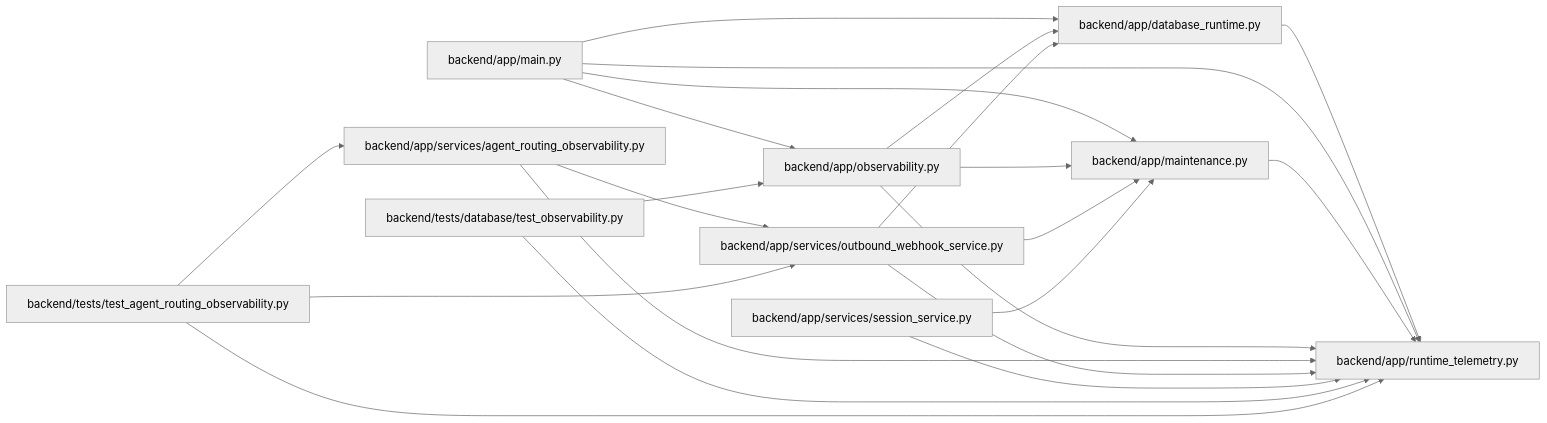
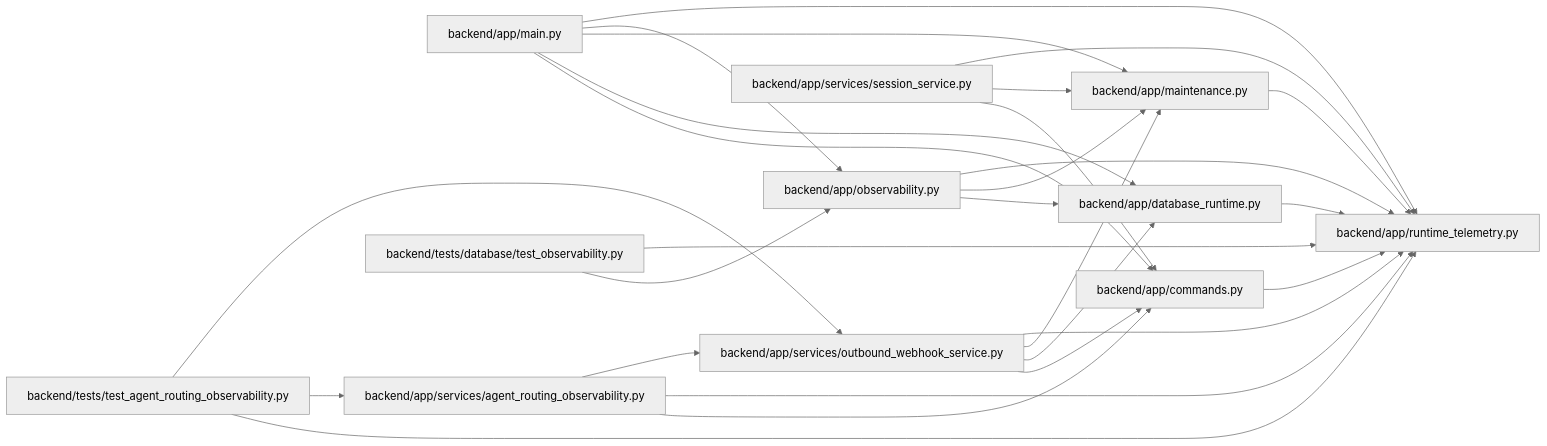
The diagram in docs/llm_wiki/modules/runtime_telemetry.md (Denissvgn/WorkChord), drawn with Mermaid (neutral theme) before and after one commit. The commit also changed other lines of this file and 958 other files, not shown here.

First line of the commit message:
docs(wiki): refresh identity and recovery architecture

````diff
--- a/docs/llm_wiki/modules/runtime_telemetry.md
+++ b/docs/llm_wiki/modules/runtime_telemetry.md
@@ -29,44 +29,51 @@
 ```mermaid
 flowchart LR
-    n0["backend/app/database_runtime.py"]
-    n1["backend/app/main.py"]
-    n2["backend/app/maintenance.py"]
-    n3["backend/app/observability.py"]
-    n4["backend/app/runtime_telemetry.py"]
-    n5["backend/app/services/agent_routing_observability.py"]
-    n6["backend/app/services/outbound_webhook_service.py"]
-    n7["backend/app/services/session_service.py"]
-    n8["backend/tests/database/test_observability.py"]
-    n9["backend/tests/test_agent_routing_observability.py"]
-    n0 --> n4
-    n1 --> n0
-    n1 --> n2
-    n1 --> n3
-    n1 --> n4
+    n0["backend/app/commands.py"]
+    n1["backend/app/database_runtime.py"]
+    n2["backend/app/main.py"]
+    n3["backend/app/maintenance.py"]
+    n4["backend/app/observability.py"]
+    n5["backend/app/runtime_telemetry.py"]
+    n6["backend/app/services/agent_routing_observability.py"]
+    n7["backend/app/services/outbound_webhook_service.py"]
+    n8["backend/app/services/session_service.py"]
+    n9["backend/tests/database/test_observability.py"]
+    n10["backend/tests/test_agent_routing_observability.py"]
+    n0 --> n5
+    n1 --> n5
+    n2 --> n0
+    n2 --> n1
+    n2 --> n3
     n2 --> n4
-    n3 --> n0
-    n3 --> n2
-    n3 --> n4
-    n5 --> n4
-    n5 --> n6
+    n2 --> n5
+    n3 --> n5
+    n4 --> n1
+    n4 --> n3
+    n4 --> n5
     n6 --> n0
-    n6 --> n2
-    n6 --> n4
-    n7 --> n2
-    n7 --> n4
+    n6 --> n5
+    n6 --> n7
+    n7 --> n0
+    n7 --> n1
+    n7 --> n3
+    n7 --> n5
+    n8 --> n0
     n8 --> n3
-    n8 --> n4
+    n8 --> n5
     n9 --> n4
     n9 --> n5
-    n9 --> n6
-    click n0 "../modules/database_runtime.md"
-    click n1 "../modules/app_main.md"
-    click n2 "../modules/maintenance.md"
-    click n3 "../modules/observability.md"
-    click n4 "../modules/runtime_telemetry.md"
-    click n5 "../modules/agent_routing_observability.md"
-    click n6 "../modules/outbound_webhook_service.md"
-    click n7 "../modules/session_service.md"
-    click n8 "../modules/test_observability.md"
-    click n9 "../modules/test_agent_routing_observability.md"
+    n10 --> n5
+    n10 --> n6
+    n10 --> n7
+    click n0 "../modules/commands.md"
+    click n1 "../modules/database_runtime.md"
+    click n2 "../modules/app_main.md"
+    click n3 "../modules/maintenance.md"
+    click n4 "../modules/observability.md"
+    click n5 "../modules/runtime_telemetry.md"
+    click n6 "../modules/agent_routing_observability.md"
+    click n7 "../modules/outbound_webhook_service.md"
+    click n8 "../modules/session_service.md"
+    click n9 "../modules/test_observability.md"
+    click n10 "../modules/test_agent_routing_observability.md"
 ```
````
